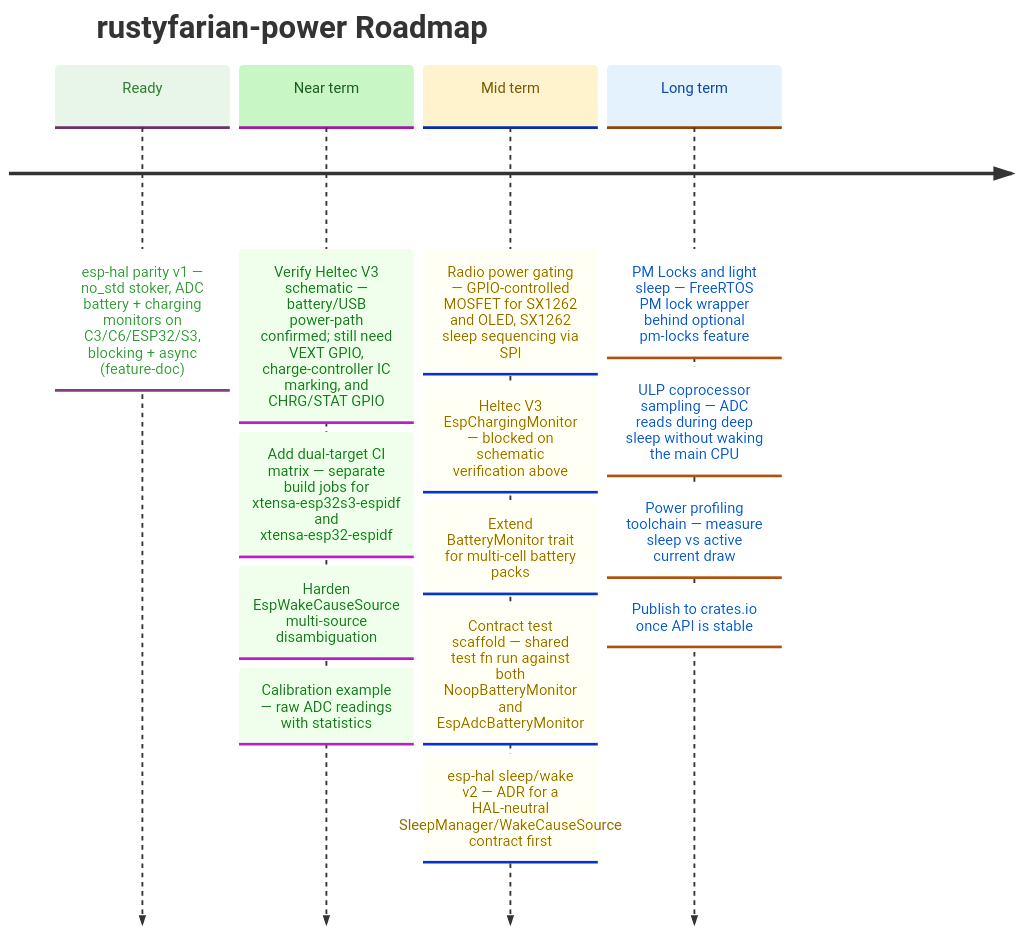
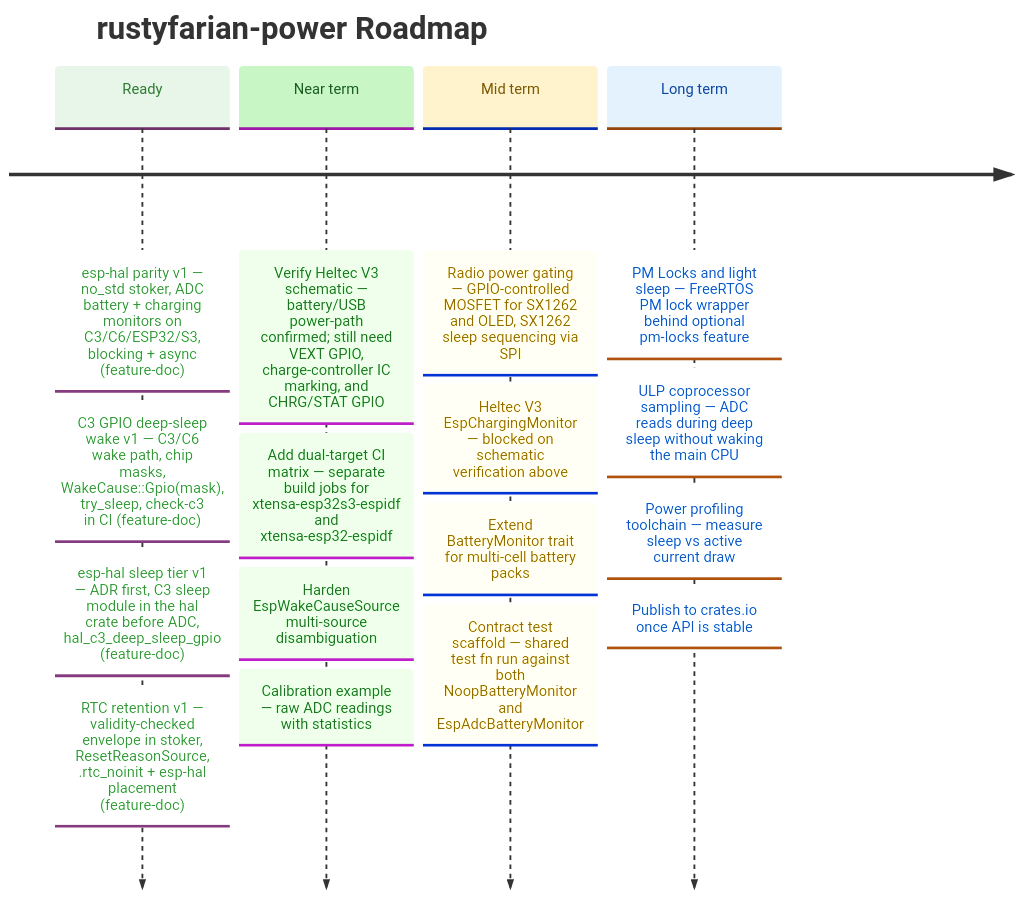
Before and after one commit to datenkollektiv/rustyfarian-power: the diagram in docs/ROADMAP.md, drawn with Mermaid. The commit also changed other lines of this file and 4 other files, not shown here.

Commit message:
Add ESP32-C3 deep-sleep wake and sleep tier features

````diff
--- a/docs/ROADMAP.md
+++ b/docs/ROADMAP.md
@@ -11,36 +12,38 @@
 ```mermaid
 %%{init: {
   "theme": "base",
   "themeVariables": {
     "cScale0": "#e8f5e9",
     "cScaleLabel0": "#2e7d32",
     "cScale1": "#c8f7c5",
     "cScaleLabel1": "#1b5e20",
     "cScale2": "#fff3cd",
     "cScaleLabel2": "#7a5a00",
     "cScale3": "#e3f2fd",
     "cScaleLabel3": "#0d47a1"
   }
 }}%%
 
 timeline
     title rustyfarian-power Roadmap
 
     Ready     : esp-hal parity v1 — no_std stoker, ADC battery + charging monitors on C3/C6/ESP32/S3, blocking + async (feature-doc)
+              : C3 GPIO deep-sleep wake v1 — C3/C6 wake path, chip masks, WakeCause::Gpio(mask), try_sleep, check-c3 in CI (feature-doc)
+              : esp-hal sleep tier v1 — ADR first, C3 sleep module in the hal crate before ADC, hal_c3_deep_sleep_gpio (feature-doc)
+              : RTC retention v1 — validity-checked envelope in stoker, ResetReasonSource, .rtc_noinit + esp-hal placement (feature-doc)
 
     Near term : Verify Heltec V3 schematic — battery/USB power-path confirmed; still need VEXT GPIO, charge-controller IC marking, and CHRG/STAT GPIO
               : Add dual-target CI matrix — separate build jobs for xtensa-esp32s3-espidf and xtensa-esp32-espidf
               : Harden EspWakeCauseSource multi-source disambiguation
               : Calibration example — raw ADC readings with statistics
 
     Mid term  : Radio power gating — GPIO-controlled MOSFET for SX1262 and OLED, SX1262 sleep sequencing via SPI
               : Heltec V3 EspChargingMonitor — blocked on schematic verification above
               : Extend BatteryMonitor trait for multi-cell battery packs
               : Contract test scaffold — shared test fn run against both NoopBatteryMonitor and EspAdcBatteryMonitor
-              : esp-hal sleep/wake v2 — ADR for a HAL-neutral SleepManager/WakeCauseSource contract first
 
     Long term : PM Locks and light sleep — FreeRTOS PM lock wrapper behind optional pm-locks feature
               : ULP coprocessor sampling — ADC reads during deep sleep without waking the main CPU
               : Power profiling toolchain — measure sleep vs active current draw
               : Publish to crates.io once API is stable
 ```
````
